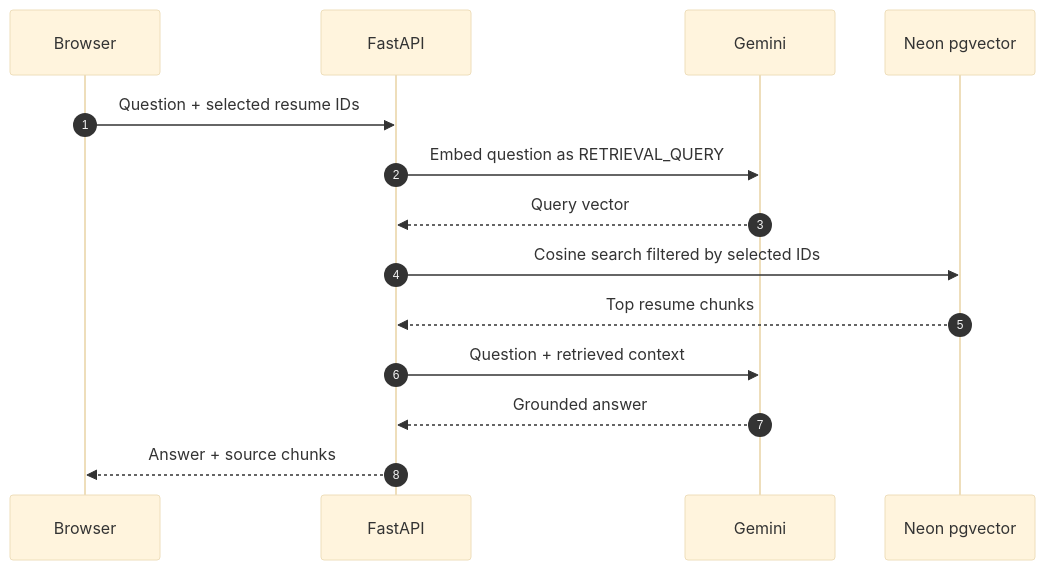
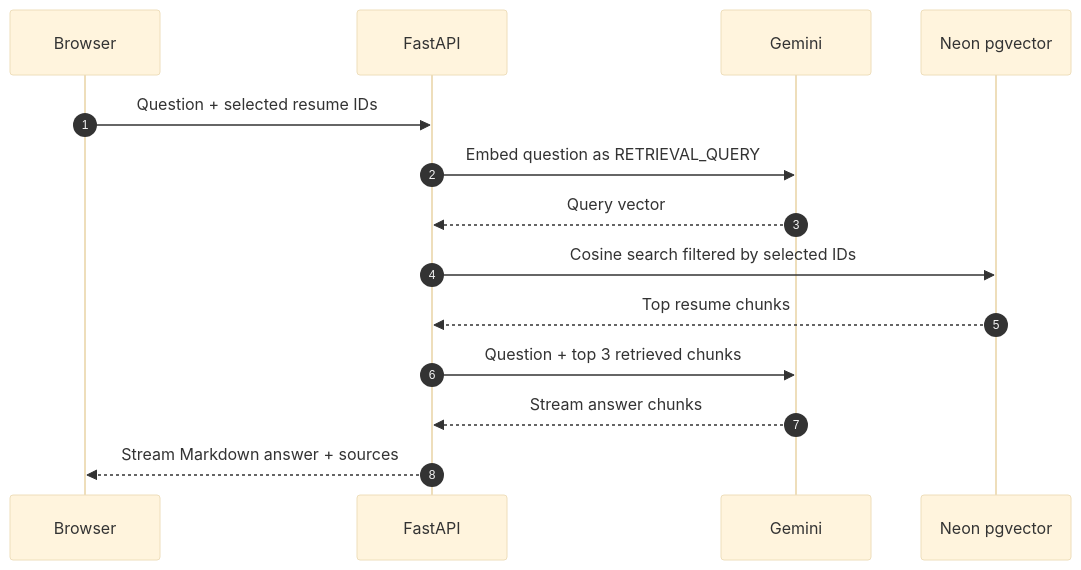
One commit to vishnureddy0501/Coding changed the third of 3 diagrams in RAG/resume-rag/ARCHITECTURE.md. Above: the diagram before and after it, drawn with Mermaid (base theme). The commit also changed other lines of this file and 104 other files, not shown here.

````diff
--- a/RAG/resume-rag/ARCHITECTURE.md
+++ b/RAG/resume-rag/ARCHITECTURE.md
@@ -45,17 +45,17 @@
 ```mermaid
 sequenceDiagram
     autonumber
     participant UI as Browser
     participant API as FastAPI
     participant G as Gemini
     participant DB as Neon pgvector
 
     UI->>API: Question + selected resume IDs
     API->>G: Embed question as RETRIEVAL_QUERY
     G-->>API: Query vector
     API->>DB: Cosine search filtered by selected IDs
     DB-->>API: Top resume chunks
-    API->>G: Question + retrieved context
-    G-->>API: Grounded answer
-    API-->>UI: Answer + source chunks
+    API->>G: Question + top 3 retrieved chunks
+    G-->>API: Stream answer chunks
+    API-->>UI: Stream Markdown answer + sources
 ```
````
